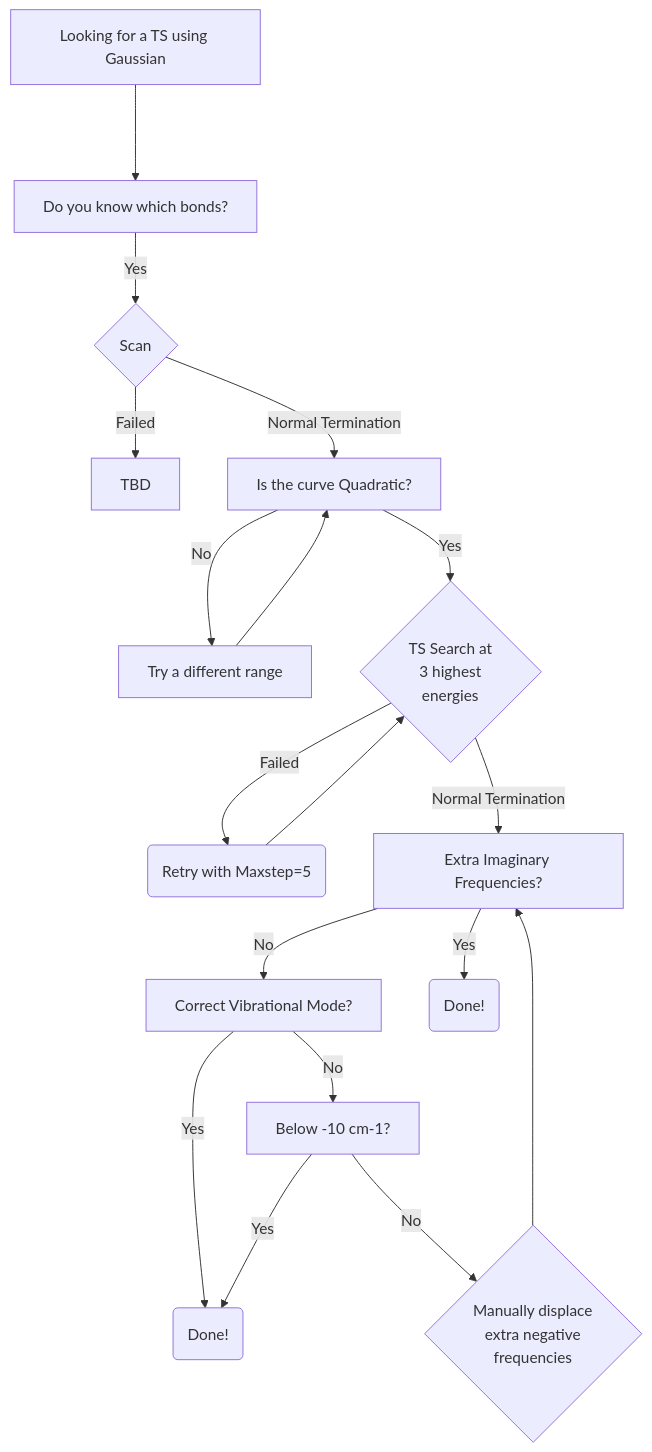
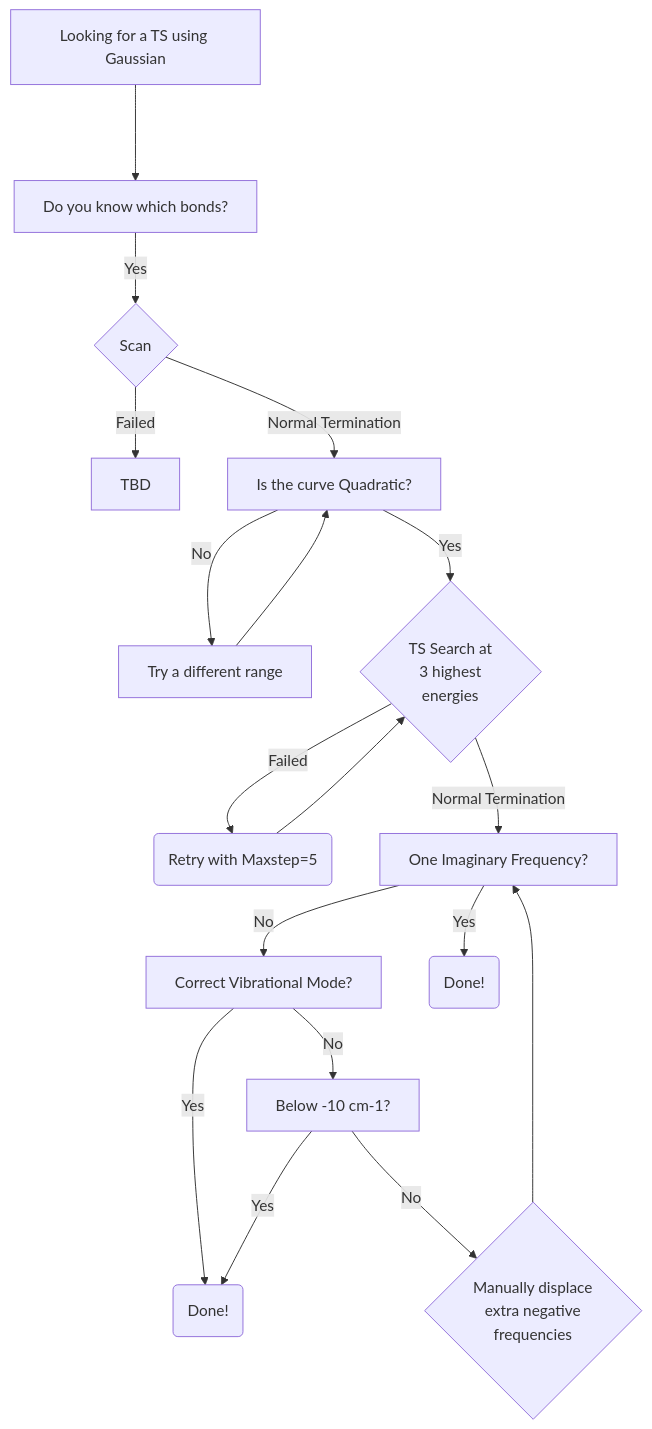
One commit to Trujillo-Group/trujillo_group_resources changed the diagram in tutorials/TS/README.md. Above: the diagram before and after it, drawn with Mermaid. The commit also changed other lines of this file, not shown here.

````diff
--- a/tutorials/TS/README.md
+++ b/tutorials/TS/README.md
@@ -22,25 +22,25 @@
 ```mermaid
 flowchart TD
     A[Looking for a TS using Gaussian] ---> B[Do you know which bonds?]
     B -- Yes --> C{Scan}
     C -- Failed --> D[TBD]
     C -- Normal Termination --> E[Is the curve Quadratic?]
     E -- No --> F[Try a different range]
     F --> E
     E -- Yes --> G{TS Search at 
         3 highest
         energies}
     G -- Failed --> H(Retry with Maxstep=5)
     H --> G
-    G -- Normal Termination --> I[Extra Imaginary Frequencies?]
+    G -- Normal Termination --> I[One Imaginary Frequency?]
     I -- No --> J[Correct Vibrational Mode?]
     J -- Yes --> K(Done!)
     J -- No --> L[Below -10 cm-1?]
     L -- Yes --> K
     L -- No --> M{Manually displace
         extra negative
         frequencies}
     M --> I
     I -- Yes --> N(Done!)
 
 ```
````
